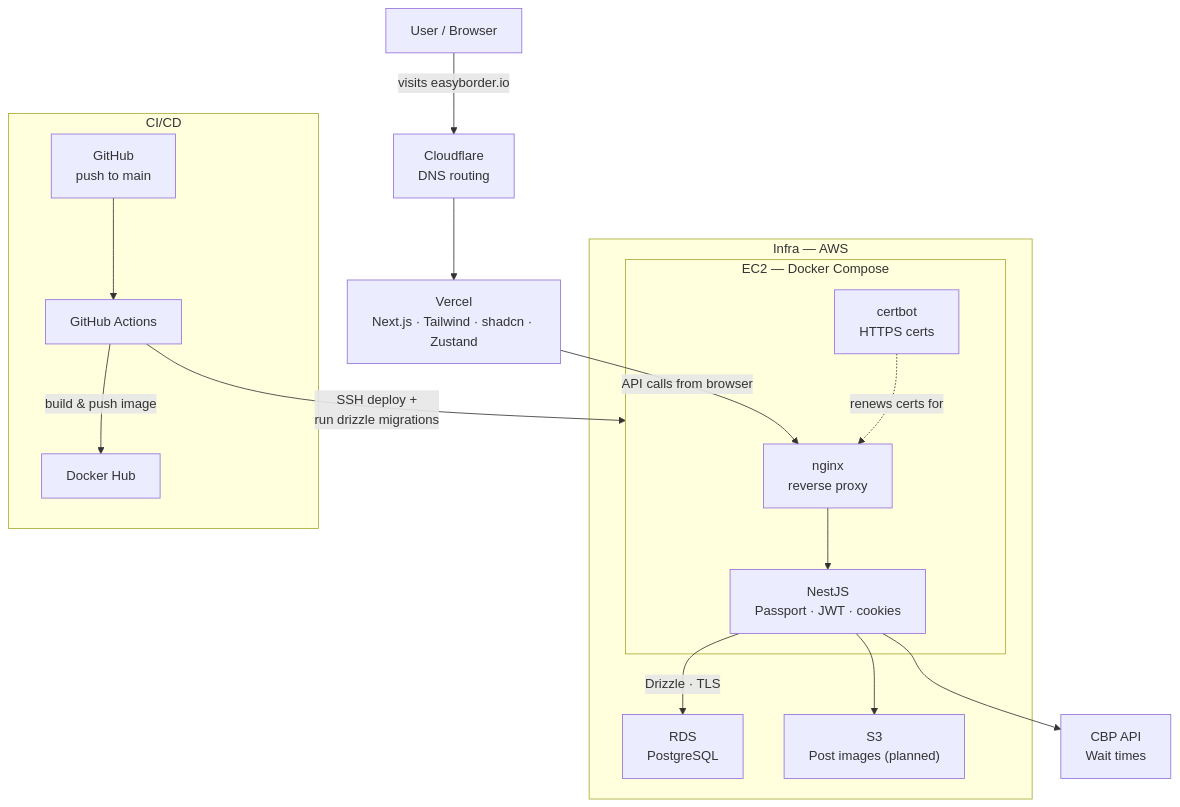
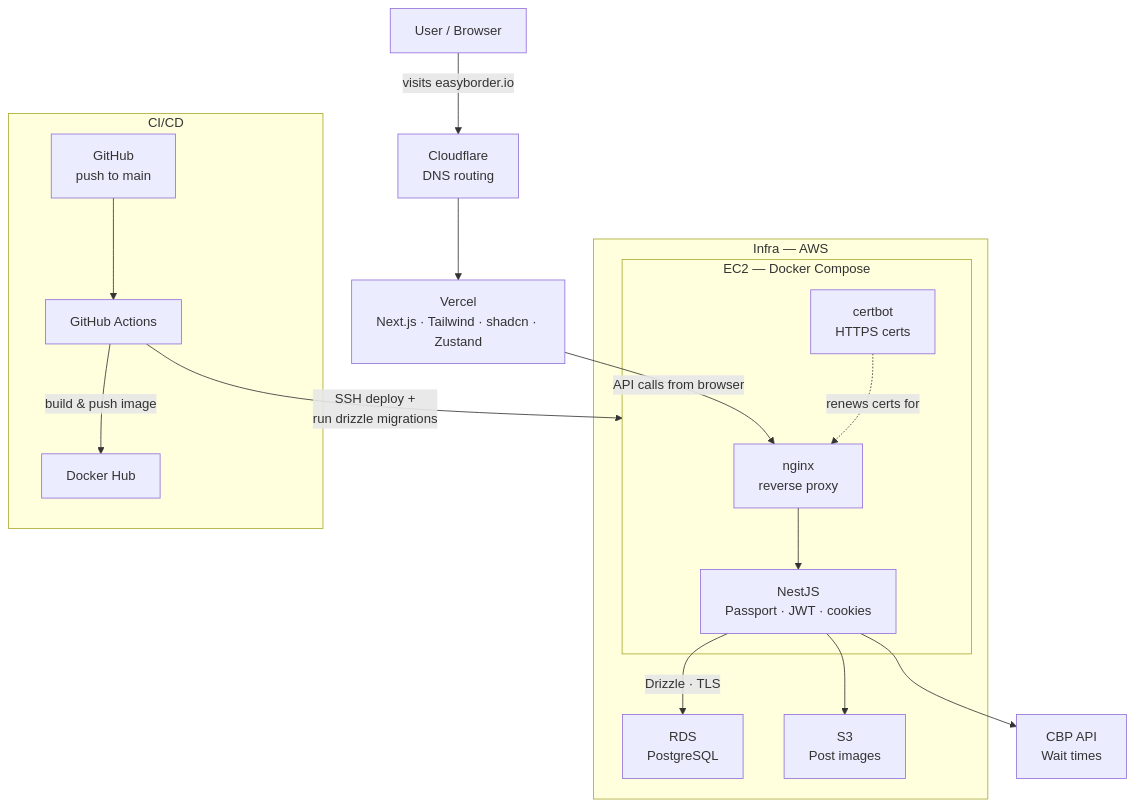
The diagram in README.md (mark-elias/easyborder-backend), drawn with Mermaid before and after one commit.

````diff
--- a/README.md
+++ b/README.md
@@ -46,31 +46,31 @@
 ```mermaid
 flowchart TD
     User["User / Browser"] -->|"visits easyborder.io"| CF["Cloudflare<br/>DNS routing"]
     CF --> Vercel["Vercel<br/>Next.js · Tailwind · shadcn · Zustand"]
     Vercel -->|"API calls from browser"| Nginx
 
     subgraph Infra["Infra — AWS"]
         subgraph EC2["EC2 — Docker Compose"]
             Nginx["nginx<br/>reverse proxy"]
             Certbot["certbot<br/>HTTPS certs"]
             Backend["NestJS<br/>Passport · JWT · cookies"]
 
             Nginx --> Backend
             Certbot -.->|renews certs for| Nginx
         end
 
         RDS["RDS<br/>PostgreSQL"]
-        S3["S3<br/>Post images (planned)"]
+        S3["S3<br/>Post images"]
 
         Backend -->|"Drizzle · TLS"| RDS
         Backend --> S3
     end
 
     Backend --> CBP["CBP API<br/>Wait times"]
 
     subgraph CICD["CI/CD"]
         GH["GitHub<br/>push to main"] --> GHA["GitHub Actions"]
         GHA -->|"build & push image"| DH["Docker Hub"]
         GHA -->|"SSH deploy +<br/>run drizzle migrations"| EC2
     end
 ```
````
